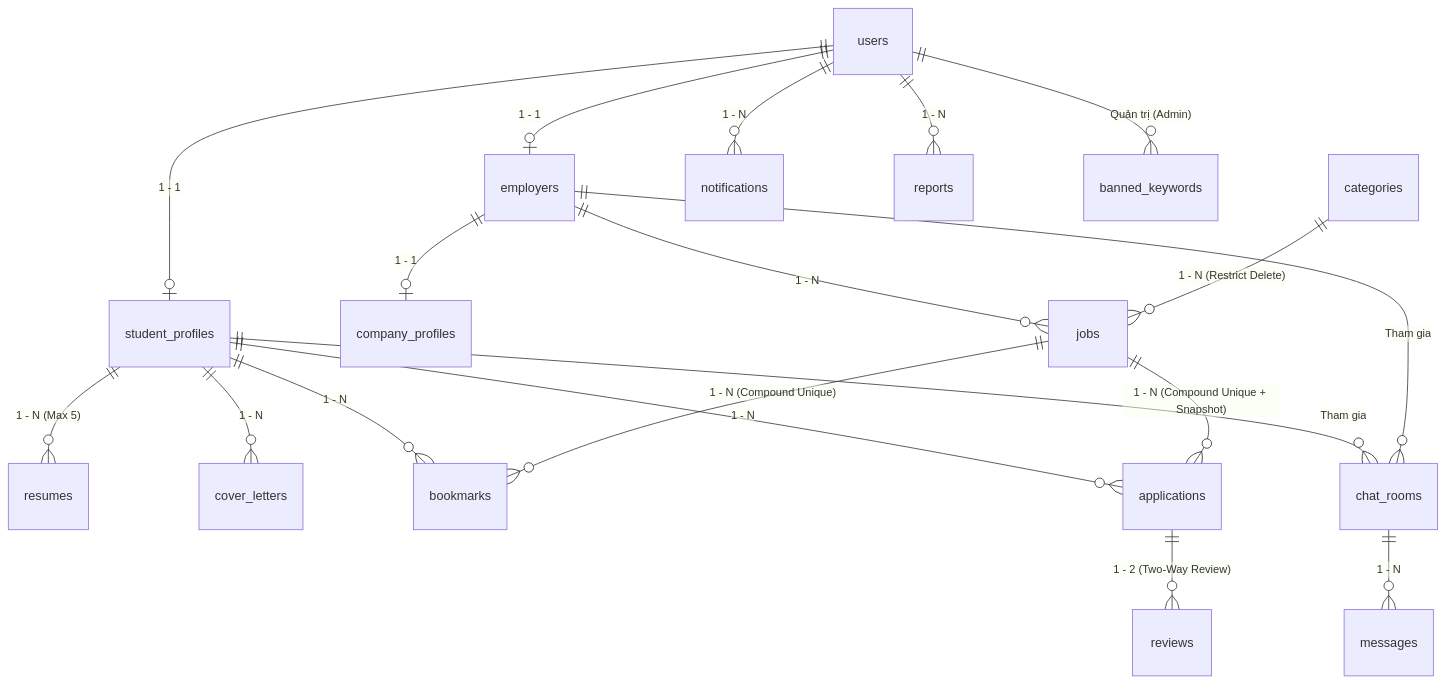
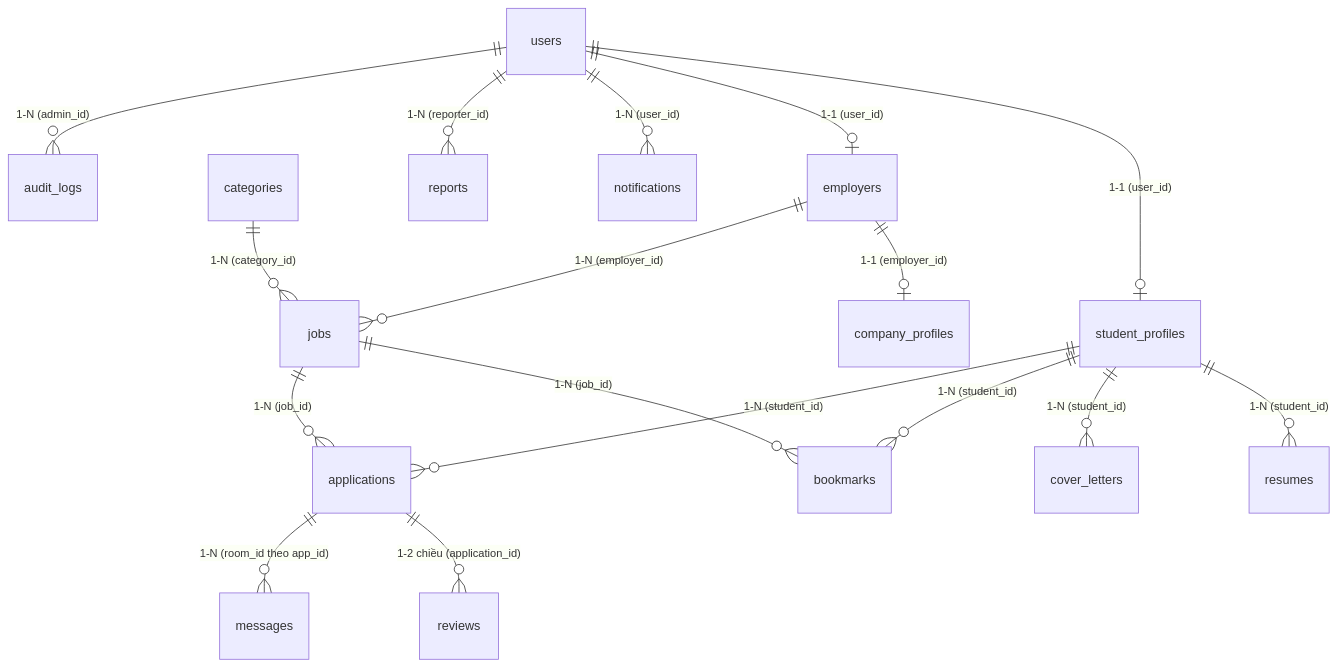
Before and after one commit to Johnny120905/CDTN02: the fifth of 5 diagrams in tailieu/bailam/noidung.md, drawn with Mermaid. The commit also changed other lines of this file and 15 other files, not shown here.

````diff
--- a/tailieu/bailam/noidung.md
+++ b/tailieu/bailam/noidung.md
@@ -317,21 +792,19 @@
 ```mermaid
 erDiagram
-    users ||--o| student_profiles : "1 - 1"
-    users ||--o| employers : "1 - 1"
-    employers ||--o| company_profiles : "1 - 1"
-    student_profiles ||--o{ resumes : "1 - N (Max 5)"
-    student_profiles ||--o{ cover_letters : "1 - N"
-    employers ||--o{ jobs : "1 - N"
-    categories ||--o{ jobs : "1 - N (Restrict Delete)"
-    student_profiles ||--o{ bookmarks : "1 - N"
-    jobs ||--o{ bookmarks : "1 - N (Compound Unique)"
-    student_profiles ||--o{ applications : "1 - N"
-    jobs ||--o{ applications : "1 - N (Compound Unique + Snapshot)"
-    applications ||--o{ reviews : "1 - 2 (Two-Way Review)"
-    student_profiles ||--o{ chat_rooms : "Tham gia"
-    employers ||--o{ chat_rooms : "Tham gia"
-    chat_rooms ||--o{ messages : "1 - N"
-    users ||--o{ notifications : "1 - N"
-    users ||--o{ reports : "1 - N"
-    users ||--o{ banned_keywords : "Quản trị (Admin)"
+    users ||--o| student_profiles : "1-1 (user_id)"
+    users ||--o| employers : "1-1 (user_id)"
+    employers ||--o| company_profiles : "1-1 (employer_id)"
+    student_profiles ||--o{ resumes : "1-N (student_id)"
+    student_profiles ||--o{ cover_letters : "1-N (student_id)"
+    employers ||--o{ jobs : "1-N (employer_id)"
+    categories ||--o{ jobs : "1-N (category_id)"
+    student_profiles ||--o{ bookmarks : "1-N (student_id)"
+    jobs ||--o{ bookmarks : "1-N (job_id)"
+    jobs ||--o{ applications : "1-N (job_id)"
+    student_profiles ||--o{ applications : "1-N (student_id)"
+    applications ||--o{ reviews : "1-2 chiều (application_id)"
+    applications ||--o{ messages : "1-N (room_id theo app_id)"
+    users ||--o{ notifications : "1-N (user_id)"
+    users ||--o{ reports : "1-N (reporter_id)"
+    users ||--o{ audit_logs : "1-N (admin_id)"
 ```
````
